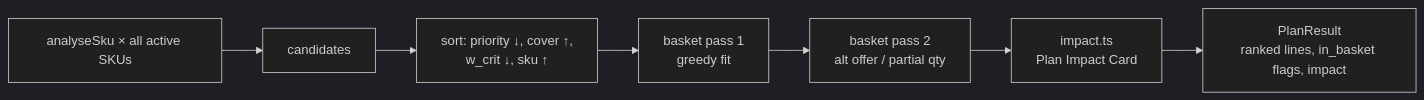
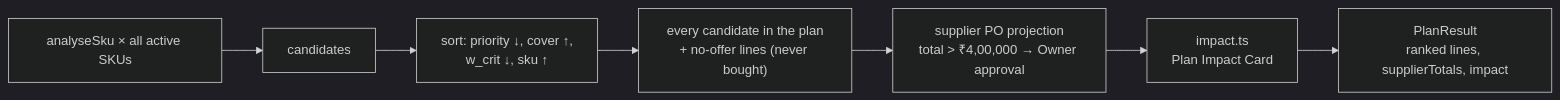
One commit to rushshah973/pharmaos changed the seventh of 22 diagrams in architecture.md. Above: the diagram before and after it, drawn with Mermaid (dark theme). The commit also changed other lines of this file and 35 other files, not shown here.

First line of the commit message:
Remove the purchase budget; add Owner approval for POs above ₹4,00,000

````diff
--- a/architecture.md
+++ b/architecture.md
@@ -272,9 +272,9 @@
 ```mermaid
 flowchart LR
     all["analyseSku × all active SKUs"] --> c["candidates"]
     c --> sort["sort: priority ↓, cover ↑,<br/>w_crit ↓, sku ↑"]
-    sort --> p1["basket pass 1<br/>greedy fit"]
-    p1 --> p2["basket pass 2<br/>alt offer / partial qty"]
-    p2 --> imp["impact.ts<br/>Plan Impact Card"]
-    imp --> res["PlanResult<br/>ranked lines, in_basket flags, impact"]
+    sort --> all2["every candidate in the plan<br/>+ no-offer lines (never bought)"]
+    all2 --> po["supplier PO projection<br/>total > ₹4,00,000 → Owner approval"]
+    po --> imp["impact.ts<br/>Plan Impact Card"]
+    imp --> res["PlanResult<br/>ranked lines, supplierTotals, impact"]
 ```
````
